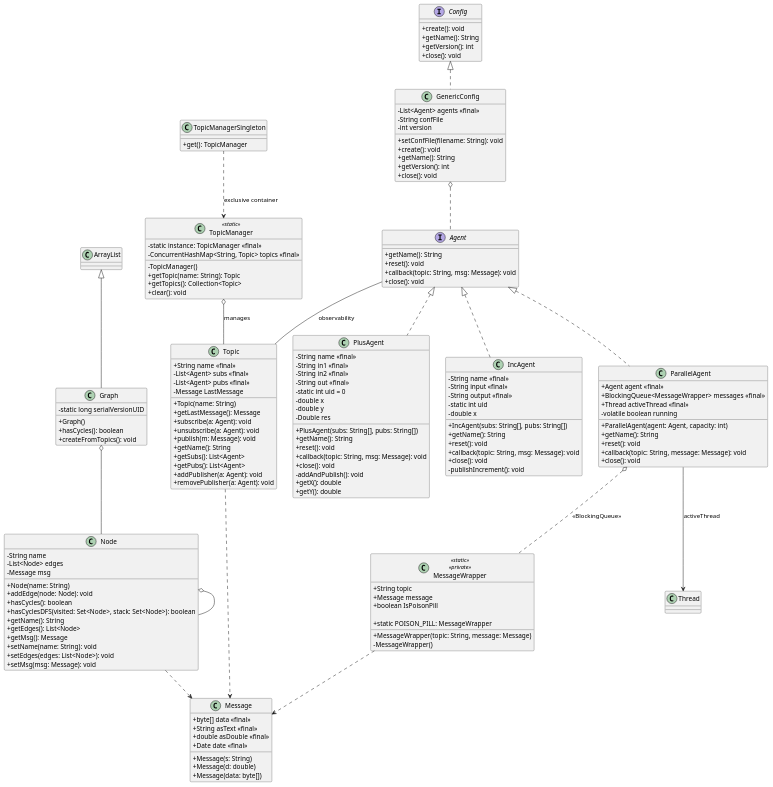
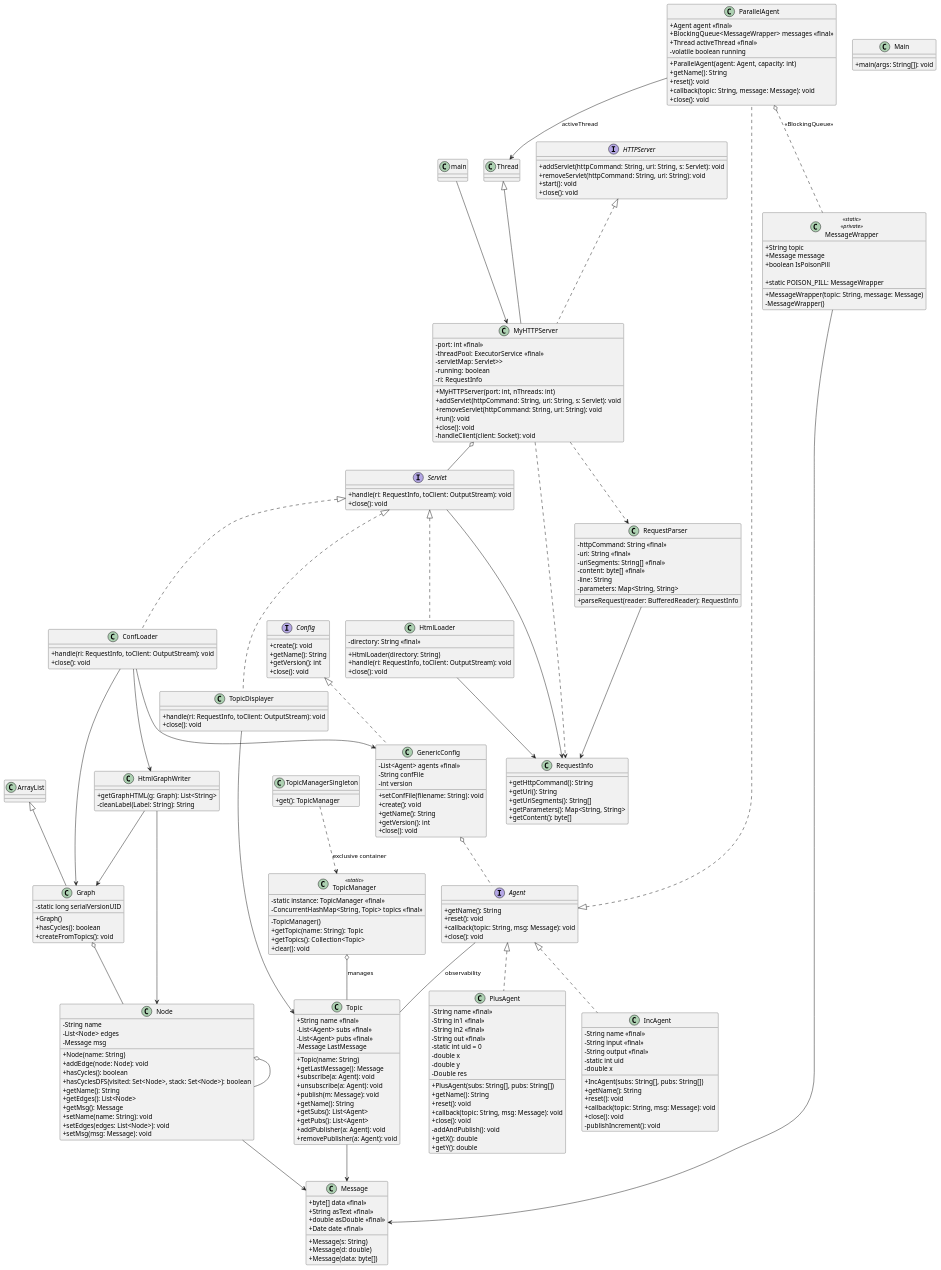
The diagram in UML.plantuml (Distributed-Penguin/Advanced_Programming_Final_Project), drawn with PlantUML before and after one commit. The commit also changed 1 other file, not shown here.

Commit message:
updated plantUML file, demo video and UML snapshot

```diff
--- a/UML.plantuml
+++ b/UML.plantuml
@@ -160,11 +160,102 @@
 Node o-- Node
 TopicManagerSingleton .down.> TopicManager : exclusive container
 TopicManager o-- Topic : manages
-Node ..> Message
-Topic ..> Message
+Node --> Message
+Topic --> Message
 ParallelAgent o.. MessageWrapper : <<BlockingQueue>>
 Agent -- Topic : observability
 ParallelAgent --> Thread : activeThread
-MessageWrapper ..> Message
+MessageWrapper --> Message
 
+class MyHTTPServer extends Thread implements HTTPServer {
+  -port: int <<final>>
+  -threadPool: ExecutorService <<final>>
+  -servletMap: Servlet>>
+  -running: boolean
+  -ri: RequestInfo
+
+  +MyHTTPServer(port: int, nThreads: int)
+  +addServlet(httpCommand: String, uri: String, s: Servlet): void
+  +removeServlet(httpCommand: String, uri: String): void
+  +run(): void
+  +close(): void
+  -handleClient(client: Socket): void
+}
+
+interface HTTPServer {
+  +addServlet(httpCommand: String, uri: String, s: Servlet): void
+  +removeServlet(httpCommand: String, uri: String): void
+  +start(): void
+  +close(): void
+}
+
+class RequestParser {
+  -httpCommand: String <<final>>
+  -uri: String <<final>>
+  -uriSegments: String[] <<final>>
+  -content: byte[] <<final>>
+  -line: String
+  -parameters: Map<String, String>
+
+  +parseRequest(reader: BufferedReader): RequestInfo
+}
+
+class RequestInfo {
+  +getHttpCommand(): String
+  +getUri(): String
+  +getUriSegments(): String[]
+  +getParameters(): Map<String, String>
+  +getContent(): byte[]
+}
+
+
+MyHTTPServer ..> RequestInfo
+MyHTTPServer o-- Servlet
+MyHTTPServer ..> RequestParser
+RequestParser --> RequestInfo
+
+class HtmlLoader implements Servlet {
+  -directory: String <<final>>
+
+  +HtmlLoader(directory: String)
+  +handle(ri: RequestInfo, toClient: OutputStream): void
+  +close(): void
+}
+
+
+interface Servlet {
+  +handle(ri: RequestInfo, toClient: OutputStream): void
+  +close(): void
+}
+
+class TopicDisplayer implements Servlet {
+  +handle(ri: RequestInfo, toClient: OutputStream): void
+  +close(): void
+}
+
+class ConfLoader implements Servlet {
+  +handle(ri: RequestInfo, toClient: OutputStream): void
+  +close(): void
+}
+
+HtmlLoader --> RequestInfo
+TopicDisplayer --> Topic
+Servlet -->RequestInfo
+ConfLoader --> Graph
+ConfLoader --> GenericConfig
+
+class HtmlGraphWriter {
+  +getGraphHTML(g: Graph): List<String>
+  -cleanLabel(Label: String): String
+}
+
+HtmlGraphWriter --> Graph
+HtmlGraphWriter --> Node
+ConfLoader --> HtmlGraphWriter
+
+class Main {
+  +main(args: String[]): void
+}
+
+main --> MyHTTPServer
 @enduml
```
